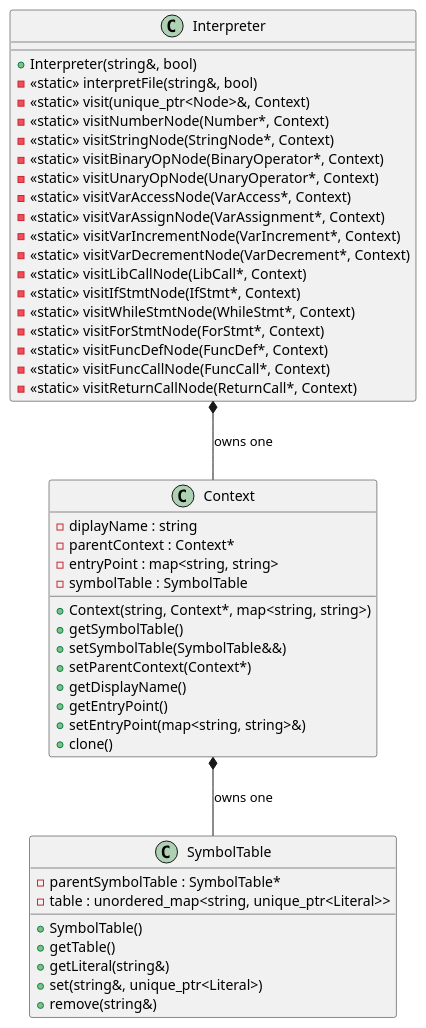
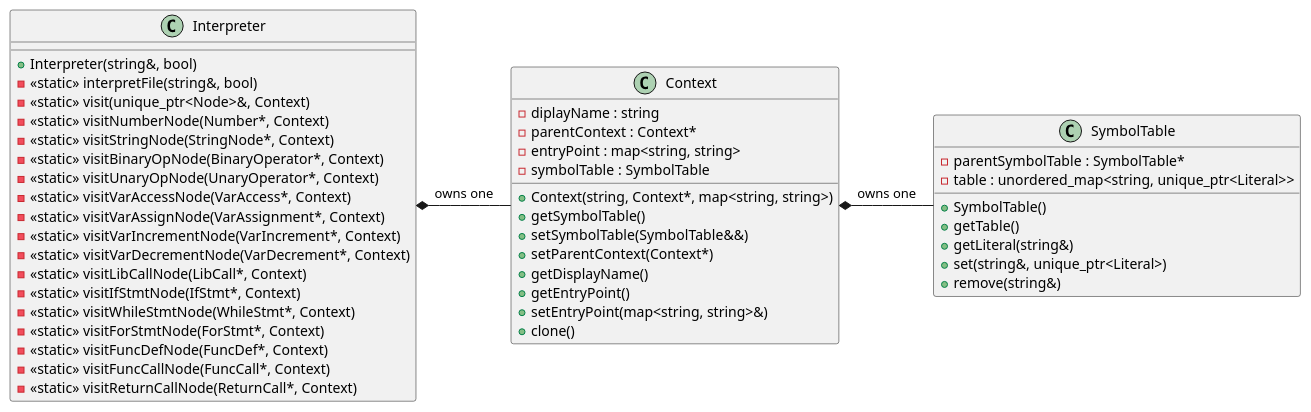
Before and after one commit to joshuapickup/VIS: the diagram in UML Diagrams/ClassDiagrams/Interpreter.puml, drawn with PlantUML. The commit also changed 1477 other files, not shown here.

```diff
--- a/UML Diagrams/ClassDiagrams/Interpreter.puml
+++ b/UML Diagrams/ClassDiagrams/Interpreter.puml
@@ -1,52 +1,52 @@
 @startuml Interpreter
 
 class Interpreter {
     + Interpreter(string&, bool)
     - <<static>> interpretFile(string&, bool)
     - <<static>> visit(unique_ptr<Node>&, Context)
     - <<static>> visitNumberNode(Number*, Context)
     - <<static>> visitStringNode(StringNode*, Context)
     - <<static>> visitBinaryOpNode(BinaryOperator*, Context)
     - <<static>> visitUnaryOpNode(UnaryOperator*, Context)
     - <<static>> visitVarAccessNode(VarAccess*, Context)
     - <<static>> visitVarAssignNode(VarAssignment*, Context)
     - <<static>> visitVarIncrementNode(VarIncrement*, Context)
     - <<static>> visitVarDecrementNode(VarDecrement*, Context)
     - <<static>> visitLibCallNode(LibCall*, Context)
     - <<static>> visitIfStmtNode(IfStmt*, Context)
     - <<static>> visitWhileStmtNode(WhileStmt*, Context)
     - <<static>> visitForStmtNode(ForStmt*, Context)
     - <<static>> visitFuncDefNode(FuncDef*, Context)
     - <<static>> visitFuncCallNode(FuncCall*, Context)
     - <<static>> visitReturnCallNode(ReturnCall*, Context)
 }
 
 class SymbolTable {
     + SymbolTable()
     + getTable()
     + getLiteral(string&)
     + set(string&, unique_ptr<Literal>)
     + remove(string&)
     - parentSymbolTable : SymbolTable*
     - table : unordered_map<string, unique_ptr<Literal>>
 }
 
 class Context {
     + Context(string, Context*, map<string, string>)
     + getSymbolTable()
     + setSymbolTable(SymbolTable&&)
     + setParentContext(Context*)
     + getDisplayName()
     + getEntryPoint()
     + setEntryPoint(map<string, string>&)
     + clone()
     - diplayName : string
     - parentContext : Context*
     - entryPoint : map<string, string>
     - symbolTable : SymbolTable
 }
 
-Interpreter *-- Context : owns one
-Context *-- SymbolTable : owns one
+Interpreter *- Context : owns one
+Context *- SymbolTable : owns one
 
 @enduml
```
